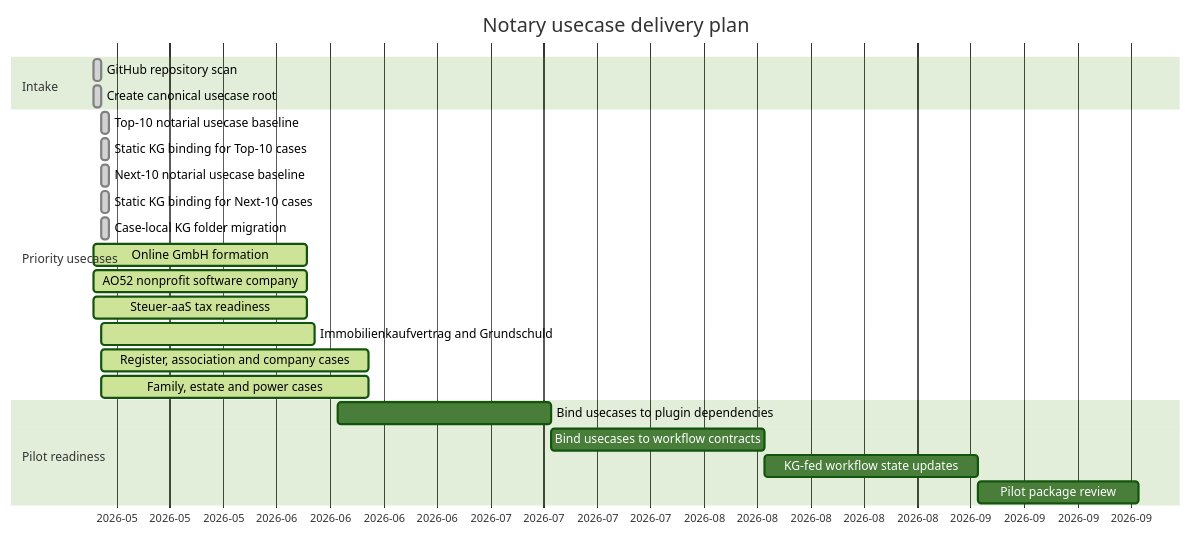
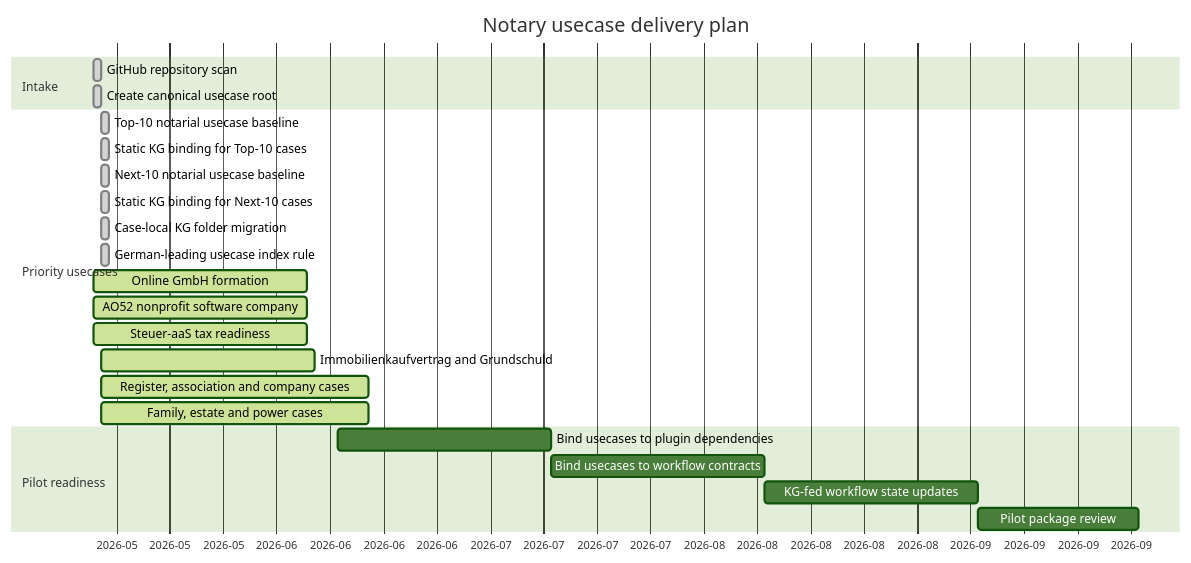
The diagram in usecases/GANTT.md (notariat8/NaC), drawn with Mermaid (forest theme) before and after one commit. The commit also changed other lines of this file and 10 other files, not shown here.

Commit message:
Make German leading for notarial usecases

````diff
--- a/usecases/GANTT.md
+++ b/usecases/GANTT.md
@@ -5,29 +5,30 @@
 ```mermaid
 gantt
     title Notary usecase delivery plan
     dateFormat  YYYY-MM-DD
     axisFormat  %Y-%m
 
     section Intake
     GitHub repository scan                      :done,   u1, 2026-05-14, 1d
     Create canonical usecase root              :done,   u2, 2026-05-14, 1d
 
     section Priority usecases
     Top-10 notarial usecase baseline           :done,   u3, 2026-05-15, 1d
     Static KG binding for Top-10 cases         :done,   u4, 2026-05-15, 1d
     Next-10 notarial usecase baseline          :done,   u5, 2026-05-15, 1d
     Static KG binding for Next-10 cases        :done,   u6, 2026-05-15, 1d
     Case-local KG folder migration             :done,   u6a, 2026-05-15, 1d
+    German-leading usecase index rule          :done,   u6b, 2026-05-15, 1d
     Online GmbH formation                      :active, u7, 2026-05-14, 28d
     AO52 nonprofit software company            :active, u8, 2026-05-14, 28d
     Steuer-aaS tax readiness                   :active, u9, 2026-05-14, 28d
     Immobilienkaufvertrag and Grundschuld      :active, u10, 2026-05-15, 28d
     Register, association and company cases    :active, u11, 2026-05-15, 35d
     Family, estate and power cases             :active, u12, 2026-05-15, 35d
 
     section Pilot readiness
     Bind usecases to plugin dependencies        :        u13, 2026-06-15, 28d
     Bind usecases to workflow contracts         :        u14, after u13, 28d
     KG-fed workflow state updates               :        u15, after u14, 28d
     Pilot package review                        :        u16, after u15, 21d
 ```
````
